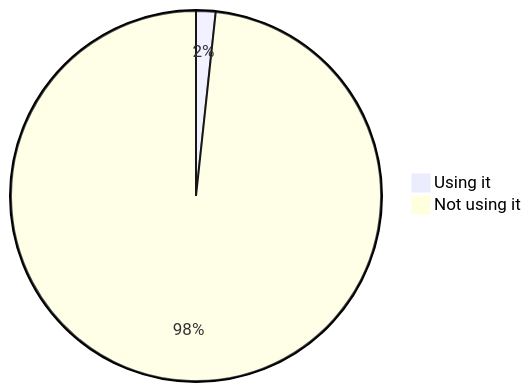
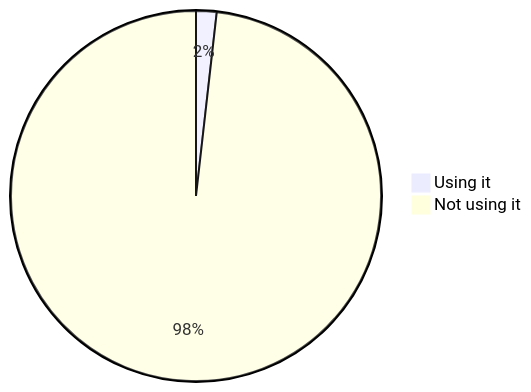
The seventh of 22 diagrams in stats.md (oshp/oshp-stats), drawn with Mermaid before and after one commit. The commit also changed other lines of this file, not shown here.

````diff
--- a/stats.md
+++ b/stats.md
@@ -82,6 +82,6 @@
 ```mermaid
 pie
-	"Using it" : 1.7
-	"Not using it" : 98.3
+	"Using it" : 1.79
+	"Not using it" : 98.21
 
 ```
````
